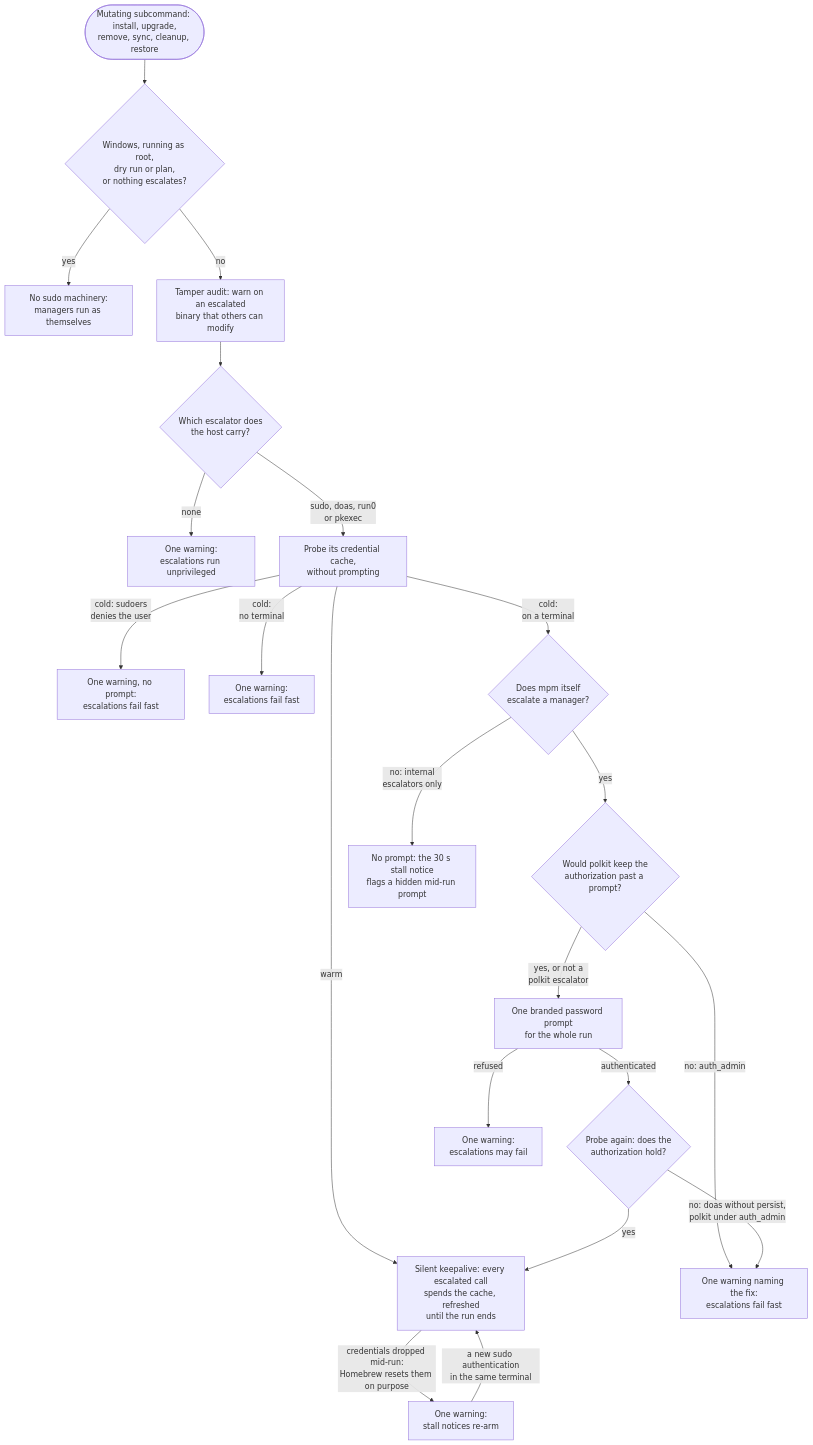
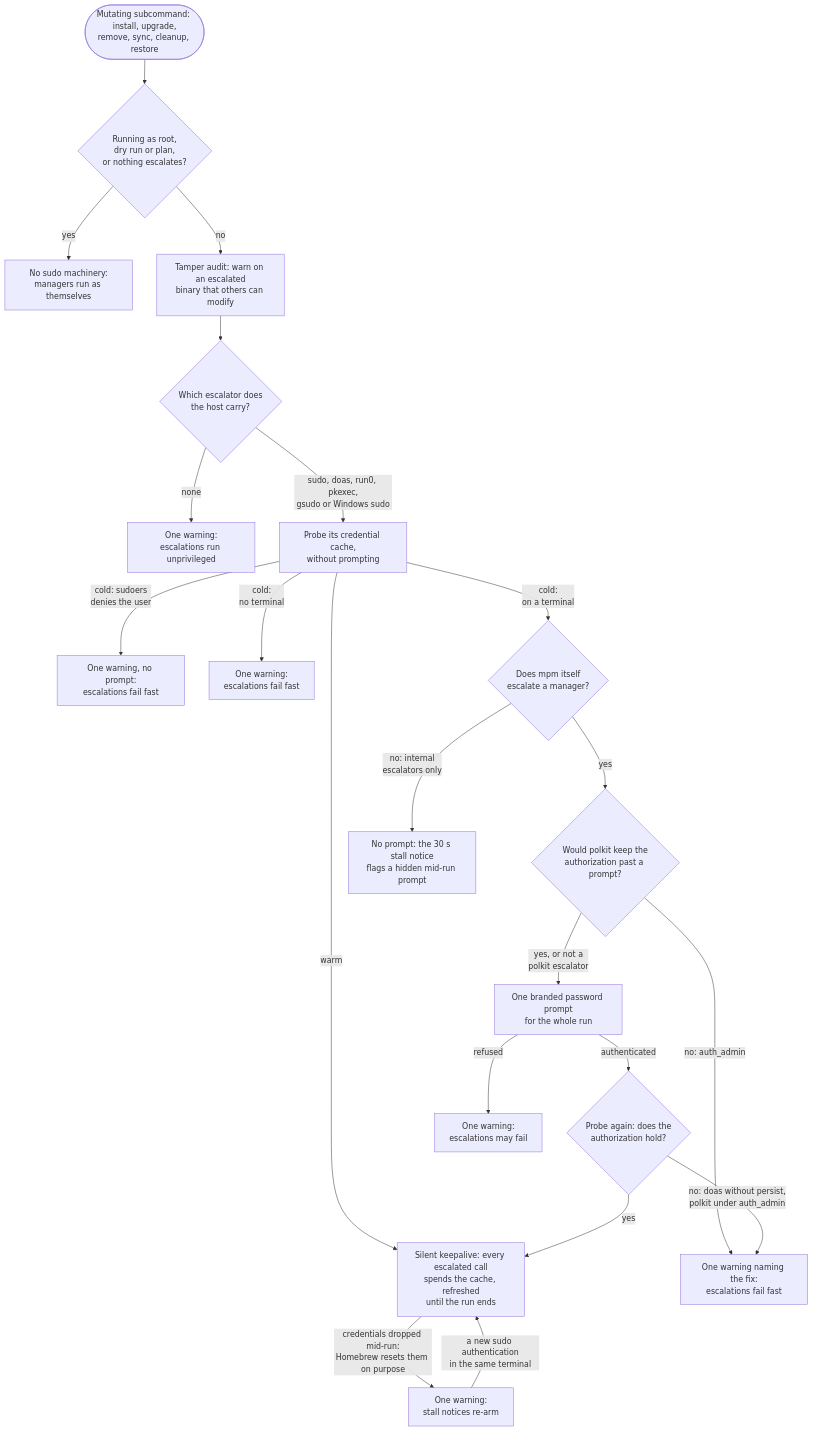
One commit to kdeldycke/meta-package-manager changed the diagram in docs/sudo.md. Above: the diagram before and after it, drawn with Mermaid. The commit also changed other lines of this file and 24 other files, not shown here.

````diff
--- a/docs/sudo.md
+++ b/docs/sudo.md
@@ -127,23 +129,23 @@
 ```mermaid
 flowchart TD
-    begin(["Mutating subcommand: install, upgrade,<br/>remove, sync, cleanup, restore"]) --> skip{"Windows, running as root,<br/>dry run or plan,<br/>or nothing escalates?"}
+    begin(["Mutating subcommand: install, upgrade,<br/>remove, sync, cleanup, restore"]) --> skip{"Running as root,<br/>dry run or plan,<br/>or nothing escalates?"}
     skip -->|"yes"| bare["No sudo machinery:<br/>managers run as themselves"]
     skip -->|"no"| audit["Tamper audit: warn on an escalated<br/>binary that others can modify"]
     audit --> pick{"Which escalator does<br/>the host carry?"}
     pick -->|"none"| noesc["One warning:<br/>escalations run unprivileged"]
-    pick -->|"sudo, doas, run0<br/>or pkexec"| probe["Probe its credential cache,<br/>without prompting"]
+    pick -->|"sudo, doas, run0, pkexec,<br/>gsudo or Windows sudo"| probe["Probe its credential cache,<br/>without prompting"]
     probe -->|"warm"| keepalive["Silent keepalive: every escalated call<br/>spends the cache, refreshed<br/>until the run ends"]
     probe -->|"cold: sudoers<br/>denies the user"| denied["One warning, no prompt:<br/>escalations fail fast"]
     probe -->|"cold:<br/>no terminal"| notty["One warning:<br/>escalations fail fast"]
     probe -->|"cold:<br/>on a terminal"| who{"Does mpm itself<br/>escalate a manager?"}
     who -->|"yes"| kept{"Would polkit keep the<br/>authorization past a prompt?"}
     who -->|"no: internal<br/>escalators only"| stall["No prompt: the 30 s stall notice<br/>flags a hidden mid-run prompt"]
     kept -->|"no: auth_admin"| nokeep["One warning naming the fix:<br/>escalations fail fast"]
     kept -->|"yes, or not a<br/>polkit escalator"| prompt["One branded password prompt<br/>for the whole run"]
     prompt -->|"authenticated"| reprobe{"Probe again: does the<br/>authorization hold?"}
     reprobe -->|"yes"| keepalive
     reprobe -->|"no: doas without persist,<br/>polkit under auth_admin"| nokeep
     prompt -->|"refused"| failed["One warning:<br/>escalations may fail"]
     keepalive -->|"credentials dropped mid-run:<br/>Homebrew resets them on purpose"| dropped["One warning:<br/>stall notices re-arm"]
     dropped -->|"a new sudo authentication<br/>in the same terminal"| keepalive
 ```
````
